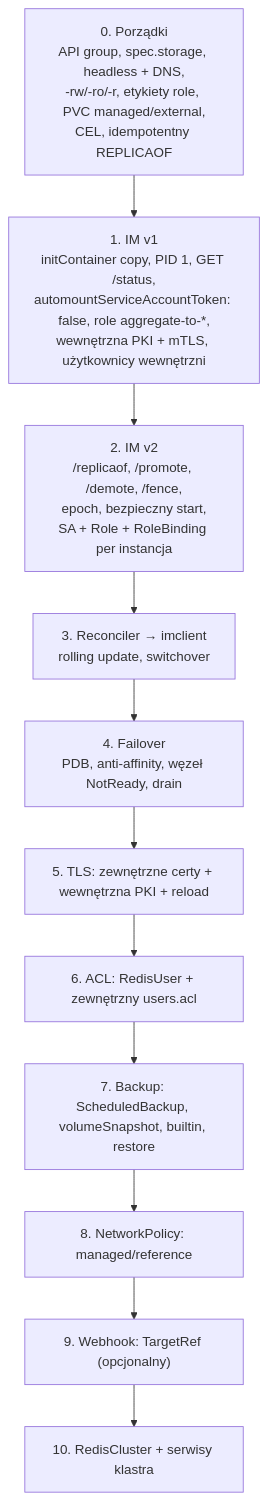
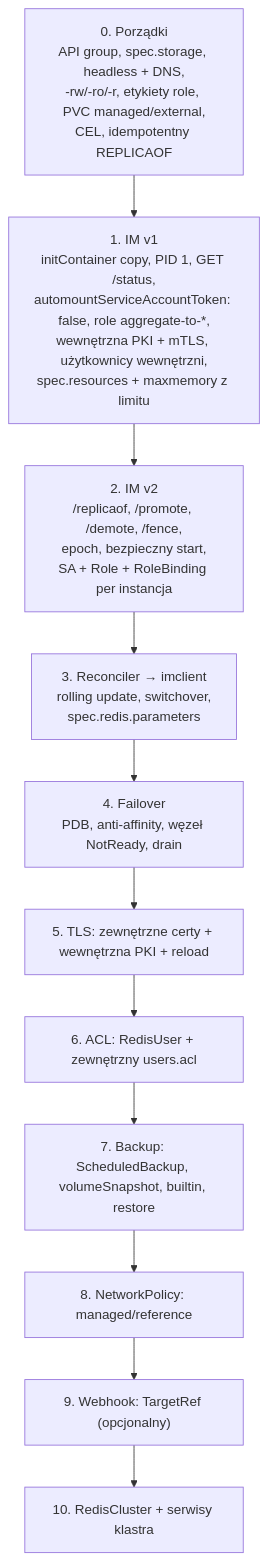
One commit to MrPickle311/redis-operator changed the tenth of 10 diagrams in redis-operator-master-plan.md. Above: the diagram before and after it, drawn with Mermaid. The commit also changed other lines of this file and 6 other files, not shown here.

First line of the commit message:
Add mTLS-enabled Instance Manager client to Redis operator

````diff
--- a/redis-operator-master-plan.md
+++ b/redis-operator-master-plan.md
@@ -785,15 +808,15 @@
 ```mermaid
 graph TD
     S0["0. Porządki<br/>API group, spec.storage, headless + DNS,<br/>-rw/-ro/-r, etykiety role, PVC managed/external,<br/>CEL, idempotentny REPLICAOF"]
-    S1["1. IM v1<br/>initContainer copy, PID 1, GET /status,<br/>automountServiceAccountToken: false, role aggregate-to-*,<br/>wewnętrzna PKI + mTLS, użytkownicy wewnętrzni"]
+    S1["1. IM v1<br/>initContainer copy, PID 1, GET /status,<br/>automountServiceAccountToken: false, role aggregate-to-*,<br/>wewnętrzna PKI + mTLS, użytkownicy wewnętrzni,<br/>spec.resources + maxmemory z limitu"]
     S2["2. IM v2<br/>/replicaof, /promote, /demote, /fence,<br/>epoch, bezpieczny start,<br/>SA + Role + RoleBinding per instancja"]
-    S3["3. Reconciler → imclient<br/>rolling update, switchover"]
+    S3["3. Reconciler → imclient<br/>rolling update, switchover,<br/>spec.redis.parameters"]
     S4["4. Failover<br/>PDB, anti-affinity, węzeł NotReady, drain"]
     S5["5. TLS: zewnętrzne certy + wewnętrzna PKI + reload"]
     S6["6. ACL: RedisUser + zewnętrzny users.acl"]
     S7["7. Backup: ScheduledBackup, volumeSnapshot, builtin, restore"]
     S8["8. NetworkPolicy: managed/reference"]
     S9["9. Webhook: TargetRef (opcjonalny)"]
     S10["10. RedisCluster + serwisy klastra"]
     S0 --> S1 --> S2 --> S3 --> S4 --> S5 --> S6 --> S7 --> S8 --> S9 --> S10
 ```
````
